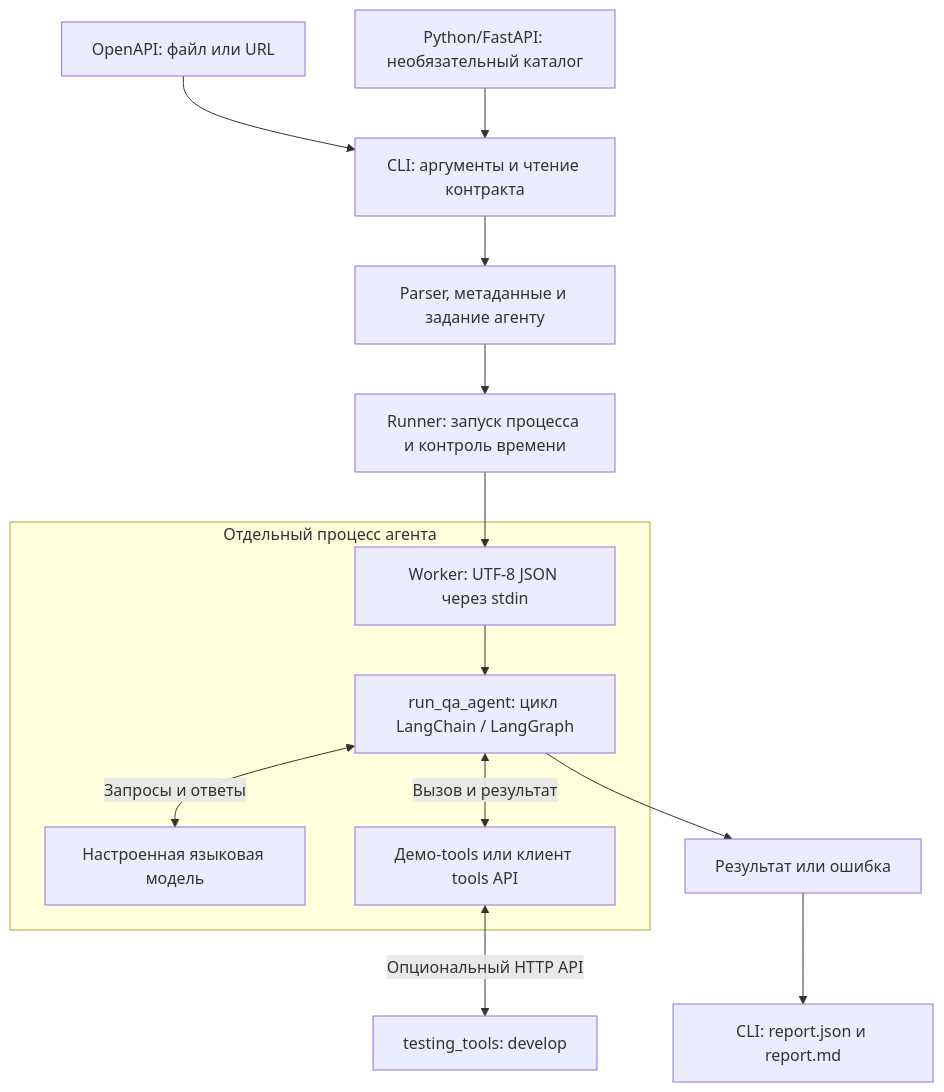
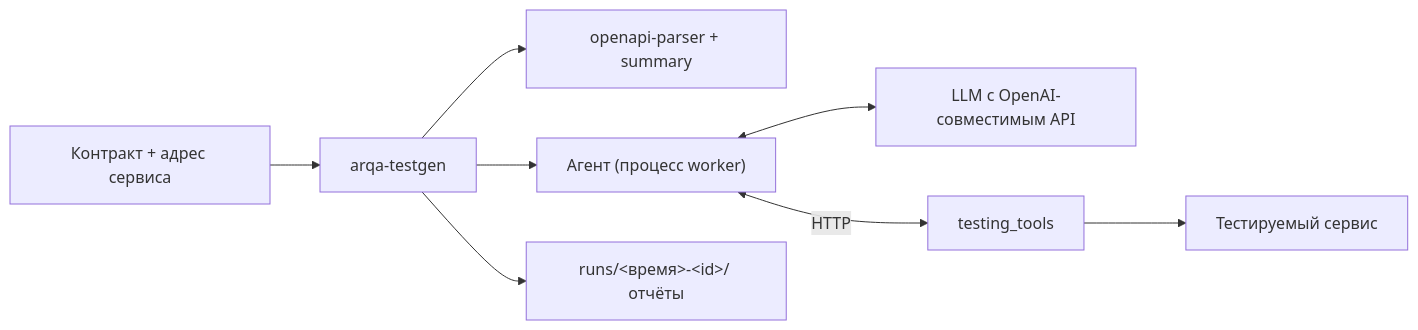
The diagram in README.md (OsipShmel/arqua-1), drawn with Mermaid before and after one commit. The commit also changed other lines of this file and 6 other files, not shown here.

````diff
--- a/README.md
+++ b/README.md
@@ -74,16 +27,10 @@
 ```mermaid
-flowchart TD
-    Input["OpenAPI: файл или URL"] --> CLI["CLI: аргументы и чтение контракта"]
-    CLI --> Context["Parser, метаданные и задание агенту"]
-    Source["Python/FastAPI: необязательный каталог"] --> CLI
-    Context --> Runner["Runner: запуск процесса и контроль времени"]
-    Runner --> Worker["Worker: UTF-8 JSON через stdin"]
-    subgraph AgentProcess["Отдельный процесс агента"]
-        Worker --> Agent["run_qa_agent: цикл LangChain / LangGraph"]
-        Agent <-->|"Запросы и ответы"| LLM["Настроенная языковая модель"]
-        Agent <-->|"Вызов и результат"| Tools["Демо-tools или клиент tools API"]
-    end
-    Tools <-->|"Опциональный HTTP API"| Service["testing_tools: develop"]
-    Agent --> Result["Результат или ошибка"]
-    Result --> Reports["CLI: report.json и report.md"]
+flowchart LR
+    User["Контракт + адрес сервиса"] --> CLI["arqa-testgen"]
+    CLI --> Parser["openapi-parser + summary"]
+    CLI --> Agent["Агент (процесс worker)"]
+    Agent <--> LLM["LLM с OpenAI-совместимым API"]
+    Agent <-->|HTTP| Tools["testing_tools"]
+    Tools --> Target["Тестируемый сервис"]
+    CLI --> Runs["runs/&lt;время&gt;-&lt;id&gt;/ отчёты"]
 ```
````
